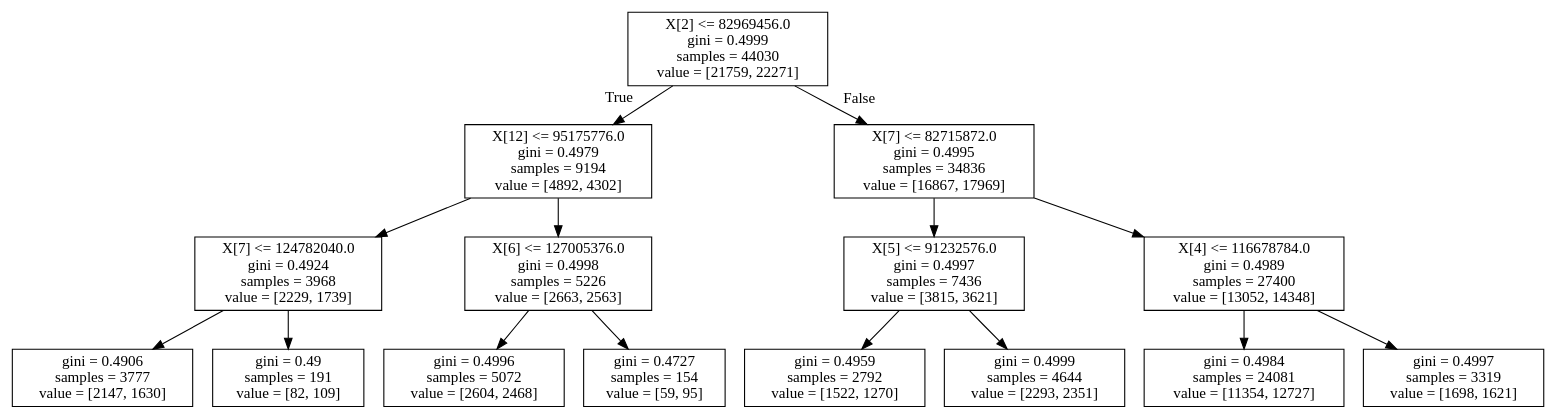
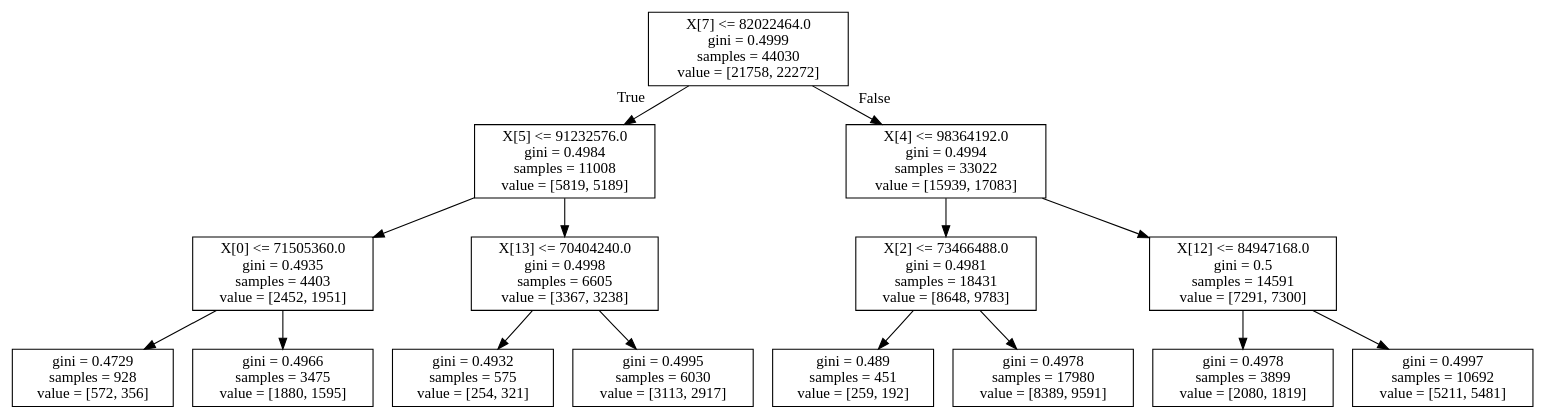
Before and after one commit to maupardh/Numerai: the diagram in ClassificationTrees/singleClassifTreeWithDepth3.dot, drawn with Graphviz. The commit also changed 35 other files, not shown here.

```diff
--- a/ClassificationTrees/singleClassifTreeWithDepth3.dot
+++ b/ClassificationTrees/singleClassifTreeWithDepth3.dot
@@ -1,32 +1,32 @@
 digraph Tree {
 node [shape=box] ;
-0 [label="X[2] <= 82969456.0\ngini = 0.4999\nsamples = 44030\nvalue = [21759, 22271]"] ;
-1 [label="X[12] <= 95175776.0\ngini = 0.4979\nsamples = 9194\nvalue = [4892, 4302]"] ;
+0 [label="X[7] <= 82022464.0\ngini = 0.4999\nsamples = 44030\nvalue = [21758, 22272]"] ;
+1 [label="X[5] <= 91232576.0\ngini = 0.4984\nsamples = 11008\nvalue = [5819, 5189]"] ;
 0 -> 1 [labeldistance=2.5, labelangle=45, headlabel="True"] ;
-2 [label="X[7] <= 124782040.0\ngini = 0.4924\nsamples = 3968\nvalue = [2229, 1739]"] ;
+2 [label="X[0] <= 71505360.0\ngini = 0.4935\nsamples = 4403\nvalue = [2452, 1951]"] ;
 1 -> 2 ;
-3 [label="gini = 0.4906\nsamples = 3777\nvalue = [2147, 1630]"] ;
+3 [label="gini = 0.4729\nsamples = 928\nvalue = [572, 356]"] ;
 2 -> 3 ;
-4 [label="gini = 0.49\nsamples = 191\nvalue = [82, 109]"] ;
+4 [label="gini = 0.4966\nsamples = 3475\nvalue = [1880, 1595]"] ;
 2 -> 4 ;
-5 [label="X[6] <= 127005376.0\ngini = 0.4998\nsamples = 5226\nvalue = [2663, 2563]"] ;
+5 [label="X[13] <= 70404240.0\ngini = 0.4998\nsamples = 6605\nvalue = [3367, 3238]"] ;
 1 -> 5 ;
-6 [label="gini = 0.4996\nsamples = 5072\nvalue = [2604, 2468]"] ;
+6 [label="gini = 0.4932\nsamples = 575\nvalue = [254, 321]"] ;
 5 -> 6 ;
-7 [label="gini = 0.4727\nsamples = 154\nvalue = [59, 95]"] ;
+7 [label="gini = 0.4995\nsamples = 6030\nvalue = [3113, 2917]"] ;
 5 -> 7 ;
-8 [label="X[7] <= 82715872.0\ngini = 0.4995\nsamples = 34836\nvalue = [16867, 17969]"] ;
+8 [label="X[4] <= 98364192.0\ngini = 0.4994\nsamples = 33022\nvalue = [15939, 17083]"] ;
 0 -> 8 [labeldistance=2.5, labelangle=-45, headlabel="False"] ;
-9 [label="X[5] <= 91232576.0\ngini = 0.4997\nsamples = 7436\nvalue = [3815, 3621]"] ;
+9 [label="X[2] <= 73466488.0\ngini = 0.4981\nsamples = 18431\nvalue = [8648, 9783]"] ;
 8 -> 9 ;
-10 [label="gini = 0.4959\nsamples = 2792\nvalue = [1522, 1270]"] ;
+10 [label="gini = 0.489\nsamples = 451\nvalue = [259, 192]"] ;
 9 -> 10 ;
-11 [label="gini = 0.4999\nsamples = 4644\nvalue = [2293, 2351]"] ;
+11 [label="gini = 0.4978\nsamples = 17980\nvalue = [8389, 9591]"] ;
 9 -> 11 ;
-12 [label="X[4] <= 116678784.0\ngini = 0.4989\nsamples = 27400\nvalue = [13052, 14348]"] ;
+12 [label="X[12] <= 84947168.0\ngini = 0.5\nsamples = 14591\nvalue = [7291, 7300]"] ;
 8 -> 12 ;
-13 [label="gini = 0.4984\nsamples = 24081\nvalue = [11354, 12727]"] ;
+13 [label="gini = 0.4978\nsamples = 3899\nvalue = [2080, 1819]"] ;
 12 -> 13 ;
-14 [label="gini = 0.4997\nsamples = 3319\nvalue = [1698, 1621]"] ;
+14 [label="gini = 0.4997\nsamples = 10692\nvalue = [5211, 5481]"] ;
 12 -> 14 ;
 }
```
